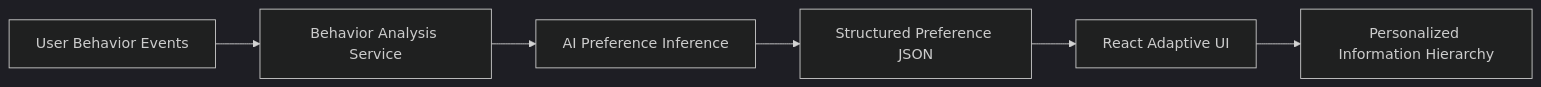
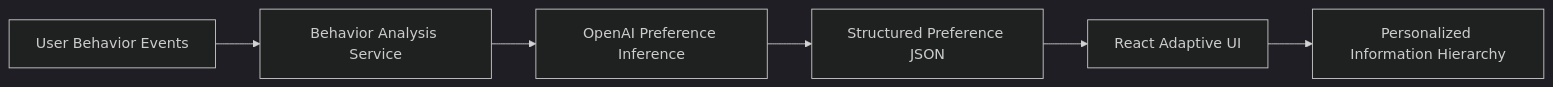
One commit to 2007ANSON/adaptive-ui changed the diagram in README.md. Above: the diagram before and after it, drawn with Mermaid (dark theme). The commit also changed other lines of this file, not shown here.

````diff
--- a/README.md
+++ b/README.md
@@ -141,8 +143,8 @@
 ```mermaid
 flowchart LR
     A[User Behavior Events] --> B[Behavior Analysis Service]
-    B --> C[AI Preference Inference]
+    B --> C[OpenAI Preference Inference]
     C --> D[Structured Preference JSON]
     D --> E[React Adaptive UI]
     E --> F[Personalized Information Hierarchy]
 ```
````
